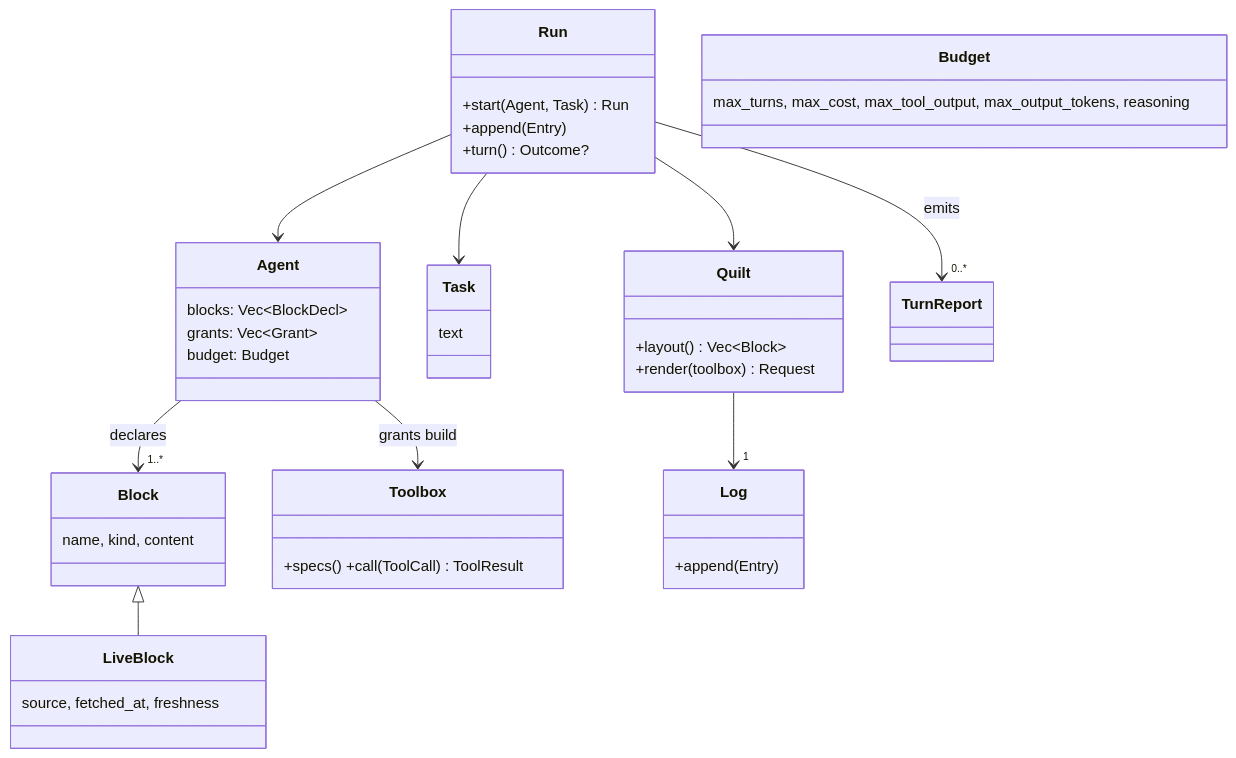
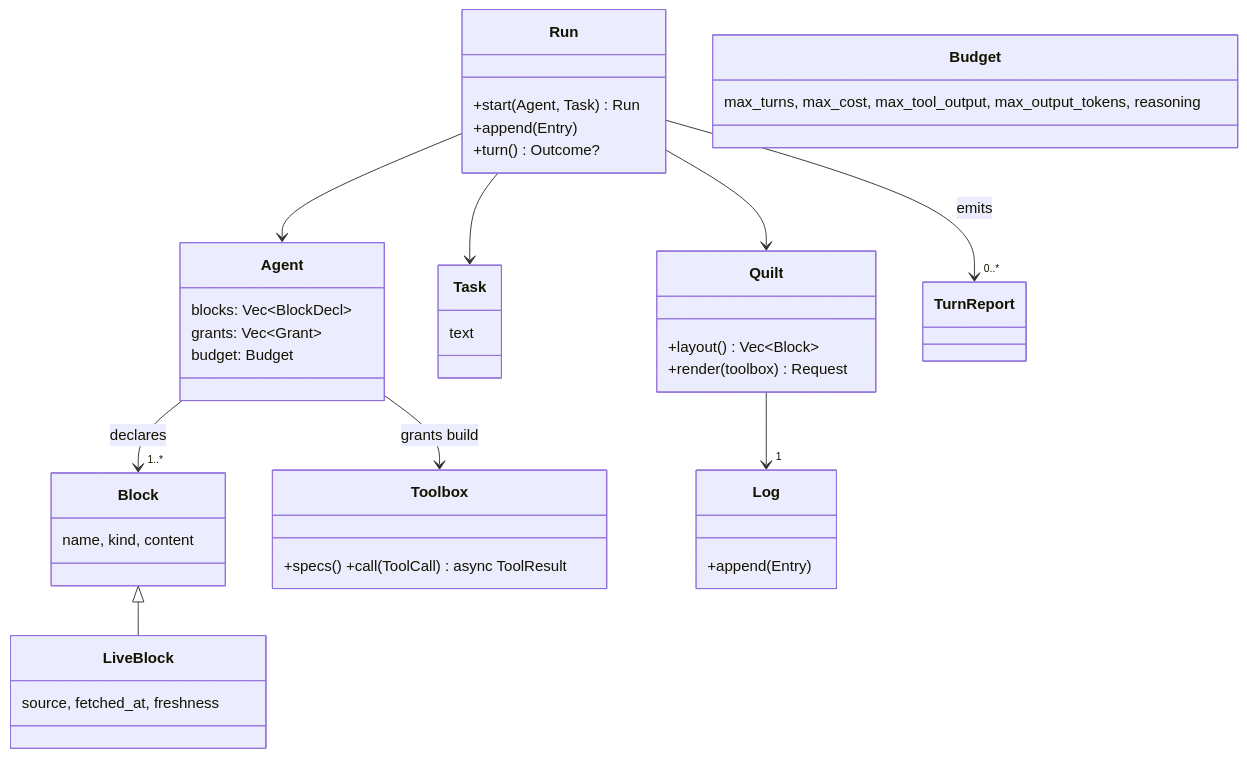
Before and after one commit to reccles/fussycat: the second of 4 diagrams in context/domain-design.spec.md, drawn with Mermaid. The commit also changed other lines of this file and 18 other files, not shown here.

````diff
--- a/context/domain-design.spec.md
+++ b/context/domain-design.spec.md
@@ -62,32 +62,32 @@
 ```mermaid
 classDiagram
     class Agent {
         blocks: Vec~BlockDecl~
         grants: Vec~Grant~
         budget: Budget
     }
     class Task { text }
     class Run {
         +start(Agent, Task) Run
         +append(Entry)
         +turn() Outcome?
     }
     class Quilt {
         +layout() Vec~Block~
         +render(toolbox) Request
     }
     class Block { name, kind, content }
     class LiveBlock { source, fetched_at, freshness }
     class Log { +append(Entry) }
-    class Toolbox { +specs() +call(ToolCall) ToolResult }
+    class Toolbox { +specs() +call(ToolCall) async ToolResult }
     class Budget { max_turns, max_cost, max_tool_output, max_output_tokens, reasoning }
     class TurnReport
     Agent --> "1..*" Block : declares
     Agent --> Toolbox : grants build
     Run --> Agent
     Run --> Task
     Run --> Quilt
     Run --> "0..*" TurnReport : emits
     Quilt --> "1" Log
     Block <|-- LiveBlock
 ```
````
